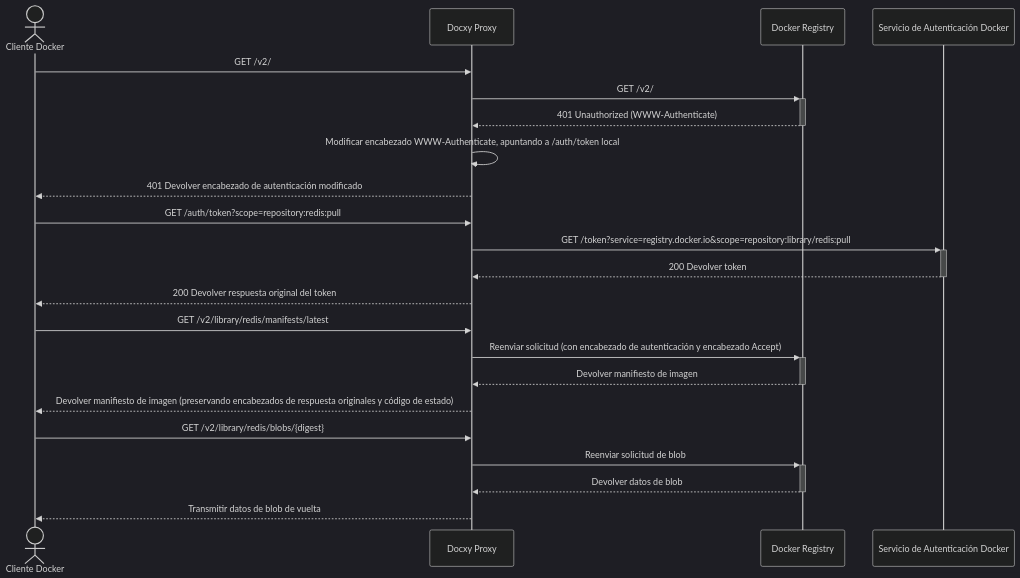
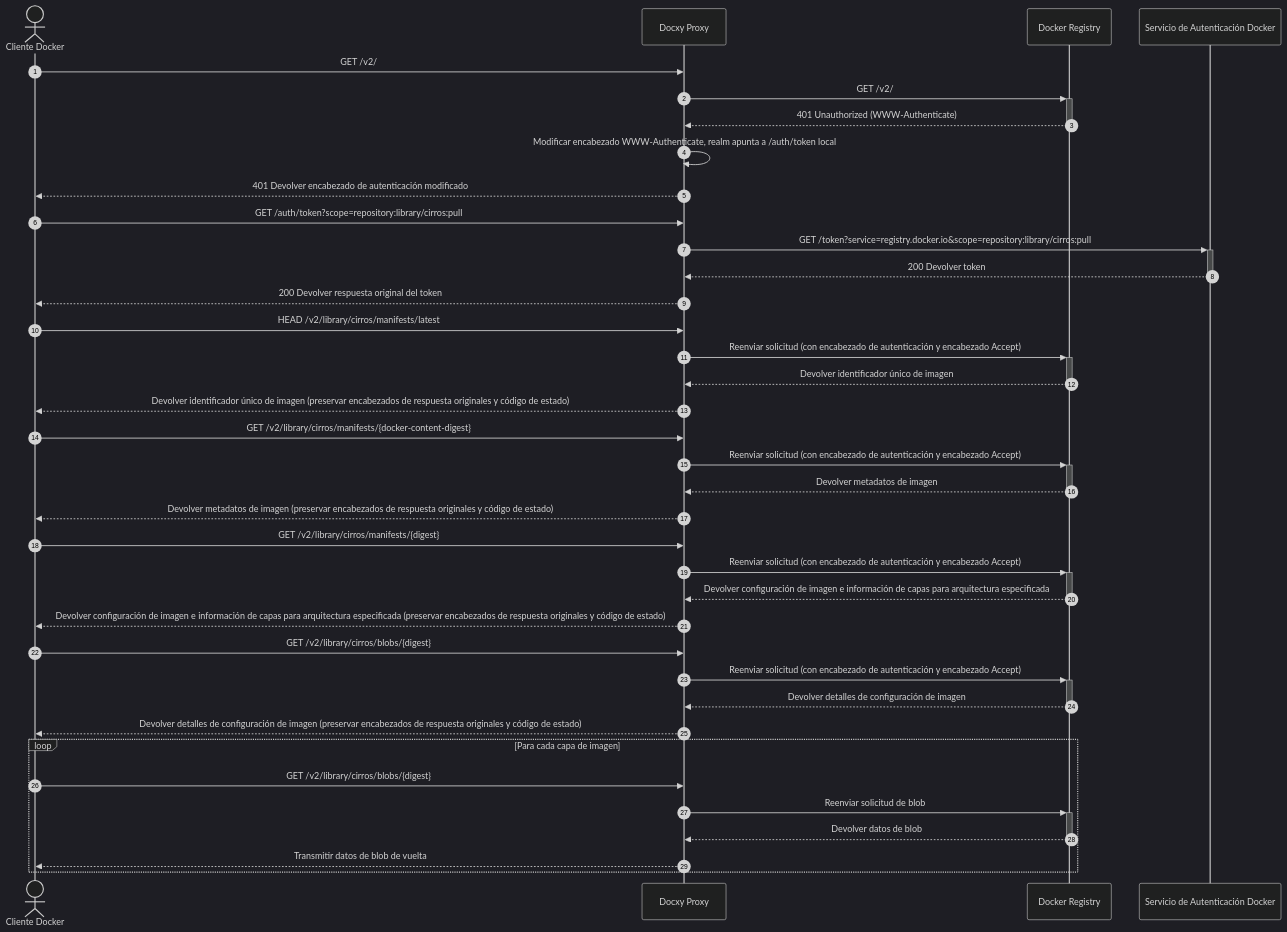
The second of 3 diagrams in README_ES.md (harrisonwang/docxy), drawn with Mermaid (dark theme) before and after one commit. The commit also changed other lines of this file and 7 other files, not shown here.

````diff
--- a/README_ES.md
+++ b/README_ES.md
@@ -90,32 +87,53 @@
 ```mermaid
 sequenceDiagram
+    autonumber
     actor Client as Cliente Docker
     participant Proxy as Docxy Proxy
     participant Registry as Docker Registry
     participant Auth as Servicio de Autenticación Docker
     
     %% Procesamiento de Solicitud de Desafío
     Client->>Proxy: GET /v2/
     Proxy->>+Registry: GET /v2/
     Registry-->>-Proxy: 401 Unauthorized (WWW-Authenticate)
-    Proxy->>Proxy: Modificar encabezado WWW-Authenticate, apuntando a /auth/token local
+    Proxy->>Proxy: Modificar encabezado WWW-Authenticate, realm apunta a /auth/token local
     Proxy-->>Client: 401 Devolver encabezado de autenticación modificado
     
     %% Obtención de Token
-    Client->>Proxy: GET /auth/token?scope=repository:redis:pull
-    Proxy->>+Auth: GET /token?service=registry.docker.io&scope=repository:library/redis:pull
+    Client->>Proxy: GET /auth/token?scope=repository:library/cirros:pull
+    Proxy->>+Auth: GET /token?service=registry.docker.io&scope=repository:library/cirros:pull
     Auth-->>-Proxy: 200 Devolver token
     Proxy-->>Client: 200 Devolver respuesta original del token
     
+    %% Procesamiento de Solicitud de Digest de Imagen
+    Client->>Proxy: HEAD /v2/library/cirros/manifests/latest
+    Proxy->>+Registry: Reenviar solicitud (con encabezado de autenticación y encabezado Accept)
+    Registry-->>-Proxy: Devolver identificador único de imagen
+    Proxy-->>Client: Devolver identificador único de imagen (preservar encabezados de respuesta originales y código de estado)
+
     %% Procesamiento de Solicitud de Metadatos de Imagen
-    Client->>Proxy: GET /v2/library/redis/manifests/latest
+    Client->>Proxy: GET /v2/library/cirros/manifests/{docker-content-digest}
     Proxy->>+Registry: Reenviar solicitud (con encabezado de autenticación y encabezado Accept)
-    Registry-->>-Proxy: Devolver manifiesto de imagen
-    Proxy-->>Client: Devolver manifiesto de imagen (preservando encabezados de respuesta originales y código de estado)
+    Registry-->>-Proxy: Devolver metadatos de imagen
+    Proxy-->>Client: Devolver metadatos de imagen (preservar encabezados de respuesta originales y código de estado)
+
+    %% Procesamiento de Solicitud de Configuración de Imagen e Información de Capas
+    Client->>Proxy: GET /v2/library/cirros/manifests/{digest}
+    Proxy->>+Registry: Reenviar solicitud (con encabezado de autenticación y encabezado Accept)
+    Registry-->>-Proxy: Devolver configuración de imagen e información de capas para arquitectura especificada
+    Proxy-->>Client: Devolver configuración de imagen e información de capas para arquitectura especificada (preservar encabezados de respuesta originales y código de estado)
+
+    %% Procesamiento de Solicitud de Detalles de Configuración de Imagen
+    Client->>Proxy: GET /v2/library/cirros/blobs/{digest}
+    Proxy->>+Registry: Reenviar solicitud (con encabezado de autenticación y encabezado Accept)
+    Registry-->>-Proxy: Devolver detalles de configuración de imagen
+    Proxy-->>Client: Devolver detalles de configuración de imagen (preservar encabezados de respuesta originales y código de estado)
     
-    %% Manejo de Datos Binarios
-    Client->>Proxy: GET /v2/library/redis/blobs/{digest}
-    Proxy->>+Registry: Reenviar solicitud de blob
-    Registry-->>-Proxy: Devolver datos de blob
-    Proxy-->>Client: Transmitir datos de blob de vuelta
+    %% Procesamiento de Solicitud de Datos Binarios de Capas de Imagen (bucle para cada capa)
+    loop Para cada capa de imagen
+        Client->>Proxy: GET /v2/library/cirros/blobs/{digest}
+        Proxy->>+Registry: Reenviar solicitud de blob
+        Registry-->>-Proxy: Devolver datos de blob
+        Proxy-->>Client: Transmitir datos de blob de vuelta
+    end
 ```
````
